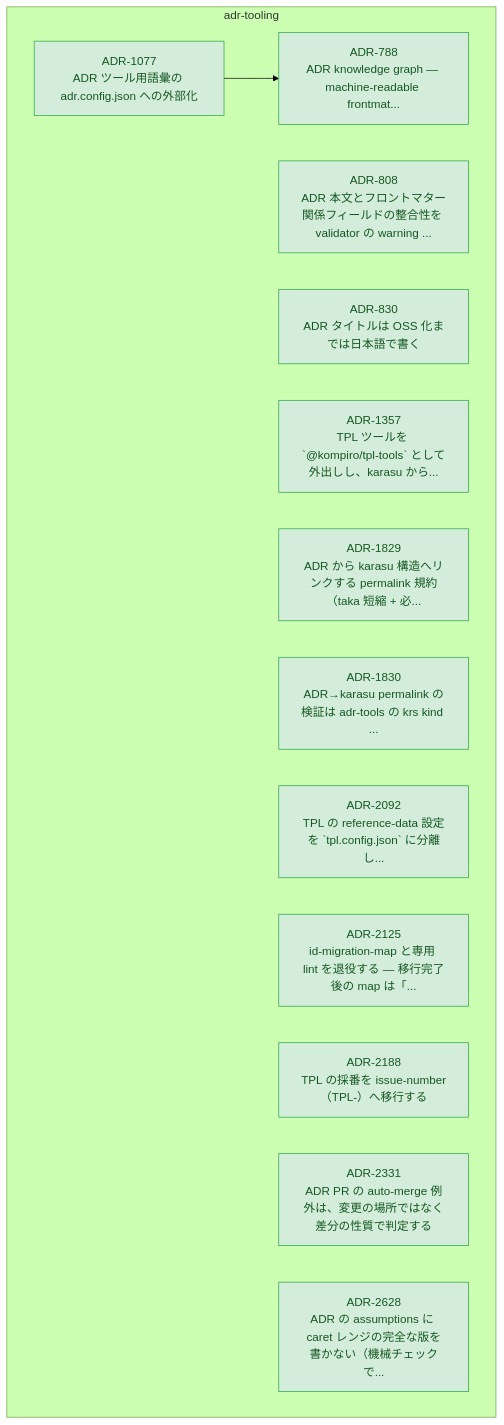
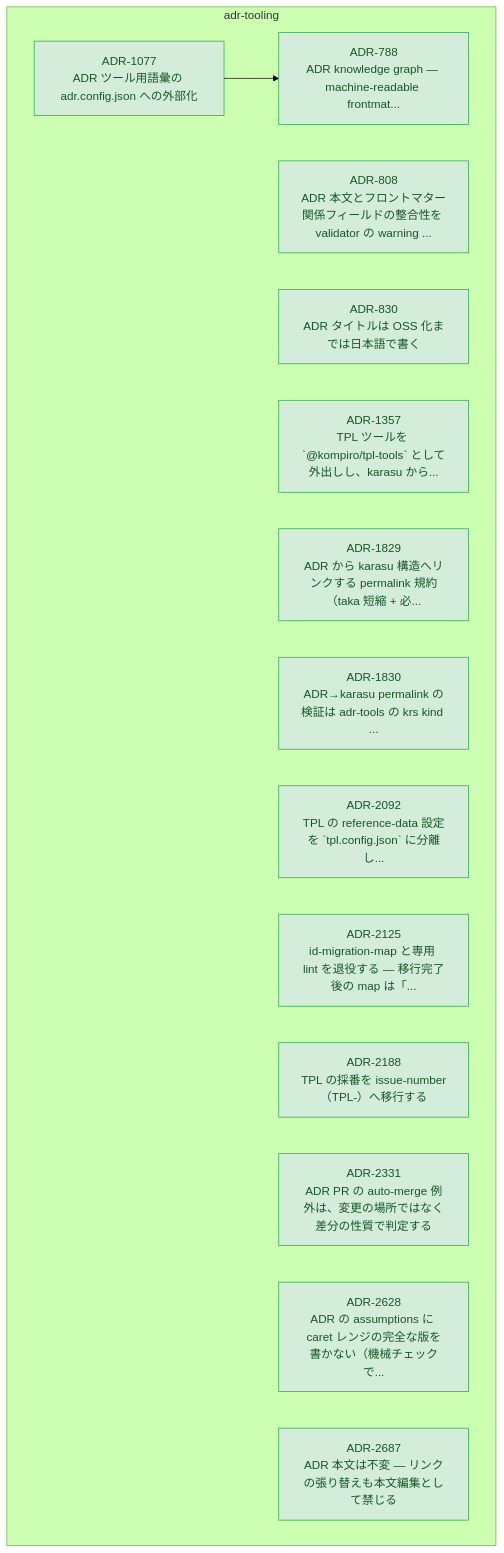
One commit to kompiro/karasu changed the diagram in docs/adr/graph/adr-tooling.md. Above: the diagram before and after it, drawn with Mermaid (forest theme). The commit also changed 4 other files, not shown here.

````diff
--- a/docs/adr/graph/adr-tooling.md
+++ b/docs/adr/graph/adr-tooling.md
@@ -6,37 +6,39 @@
 ```mermaid
 flowchart TD
   subgraph adr-tooling["adr-tooling"]
     ADR_788["ADR-788<br/>ADR knowledge graph — machine-readable frontmat..."]
     ADR_808["ADR-808<br/>ADR 本文とフロントマター関係フィールドの整合性を validator の warning ..."]
     ADR_830["ADR-830<br/>ADR タイトルは OSS 化までは日本語で書く"]
     ADR_1077["ADR-1077<br/>ADR ツール用語彙の adr.config.json への外部化"]
     ADR_1357["ADR-1357<br/>TPL ツールを `@kompiro/tpl-tools` として外出しし、karasu から..."]
     ADR_1829["ADR-1829<br/>ADR から karasu 構造へリンクする permalink 規約（taka 短縮 + 必..."]
     ADR_1830["ADR-1830<br/>ADR→karasu permalink の検証は adr-tools の krs kind ..."]
     ADR_2092["ADR-2092<br/>TPL の reference-data 設定を `tpl.config.json` に分離し..."]
     ADR_2125["ADR-2125<br/>id-migration-map と専用 lint を退役する — 移行完了後の map は「..."]
     ADR_2188["ADR-2188<br/>TPL の採番を issue-number（TPL-<n>）へ移行する"]
     ADR_2331["ADR-2331<br/>ADR PR の auto-merge 例外は、変更の場所ではなく差分の性質で判定する"]
     ADR_2628["ADR-2628<br/>ADR の assumptions に caret レンジの完全な版を書かない（機械チェックで..."]
+    ADR_2687["ADR-2687<br/>ADR 本文は不変 — リンクの張り替えも本文編集として禁じる"]
   end
   ADR_1077 --> ADR_788
 
   classDef accepted fill:#d4edda,stroke:#28a745,color:#155724
   classDef proposed fill:#fff3cd,stroke:#ffc107,color:#856404
   classDef deprecated fill:#f8d7da,stroke:#dc3545,color:#721c24
   classDef superseded fill:#e2e3e5,stroke:#6c757d,color:#383d41
   classDef not_adopted fill:#e2e3e5,stroke:#6c757d,color:#383d41,stroke-dasharray:3 3
   classDef ghost fill:#f5f5f5,stroke:#adb5bd,color:#6c757d,stroke-dasharray:2 2
   class ADR_788 accepted
   class ADR_808 accepted
   class ADR_830 accepted
   class ADR_1077 accepted
   class ADR_1357 accepted
   class ADR_1829 accepted
   class ADR_1830 accepted
   class ADR_2092 accepted
   class ADR_2125 accepted
   class ADR_2188 accepted
   class ADR_2331 accepted
   class ADR_2628 accepted
+  class ADR_2687 accepted
 ```
````
